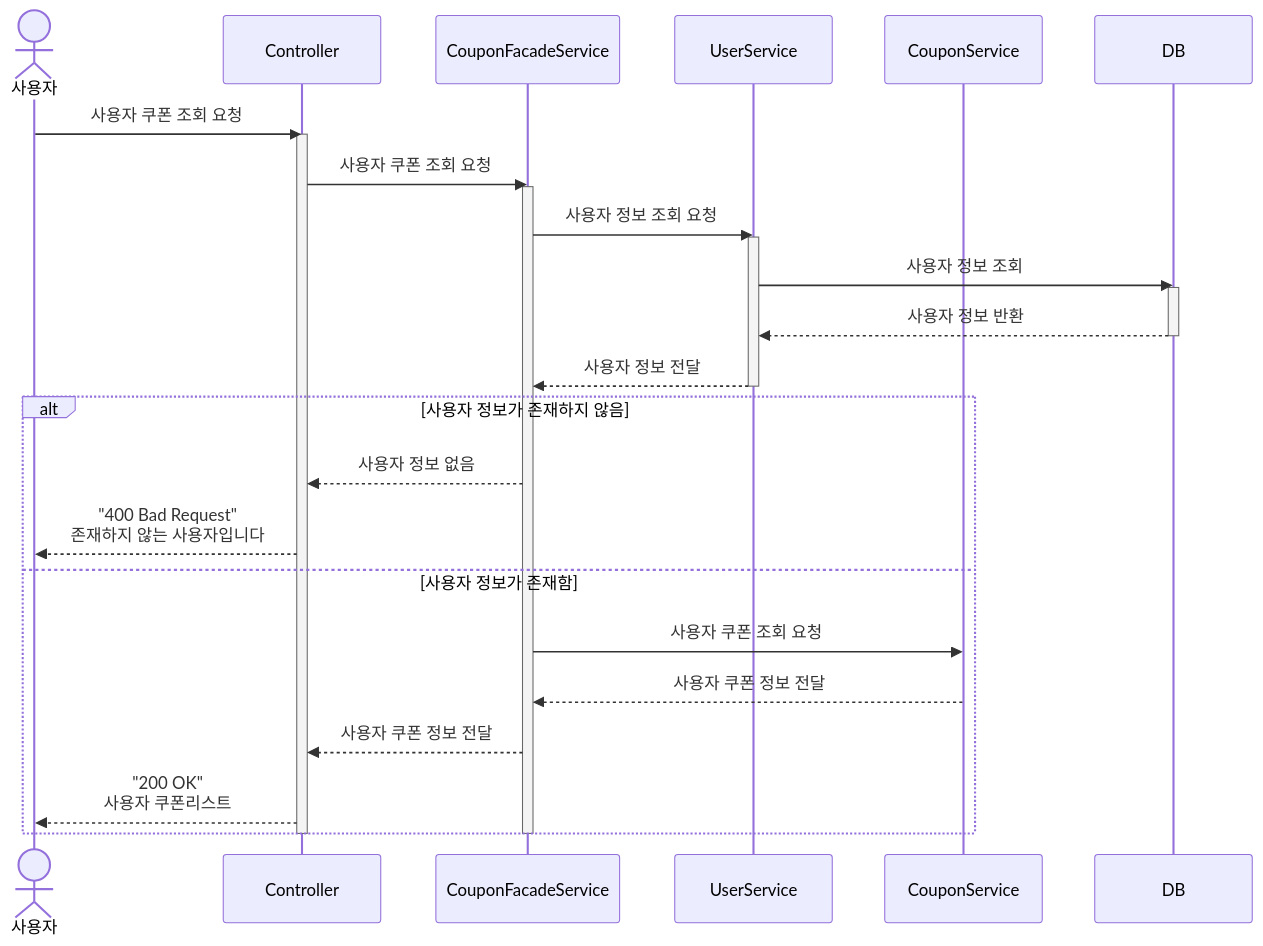
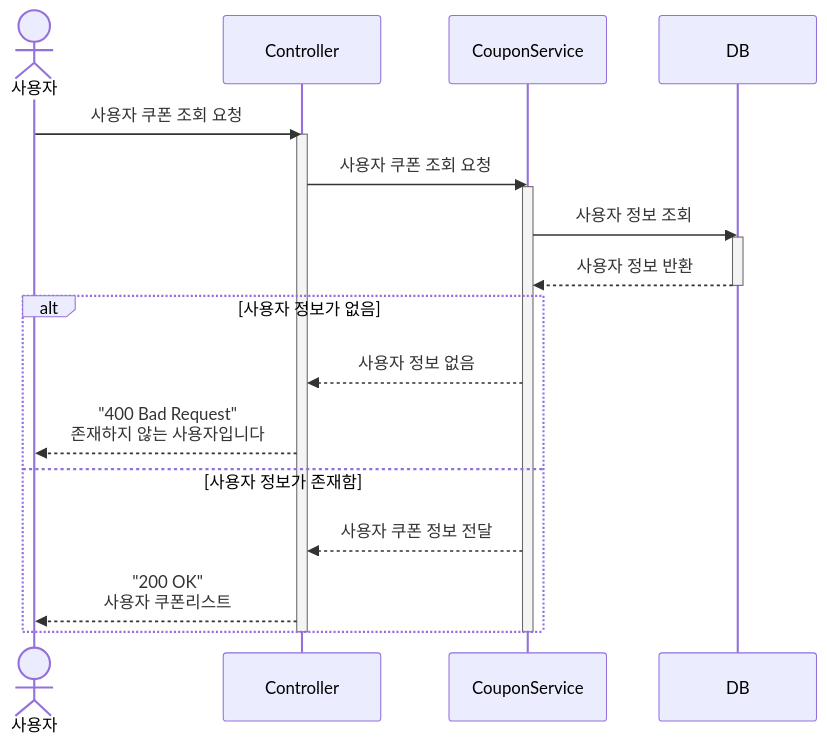
Before and after one commit to maengjjin/hhplus-service: the fifth of 8 diagrams in docs/SequenceDiagram.md, drawn with Mermaid. The commit also changed other lines of this file and 1 other file, not shown here.

Commit message:
- 다이어그램 수정

````diff
--- a/docs/SequenceDiagram.md
+++ b/docs/SequenceDiagram.md
@@ -218,40 +202,31 @@
 ```mermaid
 sequenceDiagram
     actor User as 사용자
     participant Controller
-    participant CouponFacadeService
-    participant UserService
     participant CouponService
     participant DB
 
     User ->> Controller: 사용자 쿠폰 조회 요청
     activate Controller
 
-    Controller ->> CouponFacadeService: 사용자 쿠폰 조회 요청
-    activate CouponFacadeService
+    Controller ->> CouponService: 사용자 쿠폰 조회 요청
+    activate CouponService
 
-    CouponFacadeService ->> UserService: 사용자 정보 조회 요청
-    activate UserService
+    CouponService ->> DB: 사용자 정보 조회
+    activate DB
 
-    UserService ->> DB: 사용자 정보 조회
-    activate DB
-    DB -->> UserService: 사용자 정보 반환
+    DB -->> CouponService: 사용자 정보 반환
     deactivate DB
 
-    UserService -->> CouponFacadeService: 사용자 정보 전달
-    deactivate UserService
 
-    alt 사용자 정보가 존재하지 않음
-        CouponFacadeService -->> Controller: 사용자 정보 없음
+    alt 사용자 정보가 없음
+        CouponService -->> Controller: 사용자 정보 없음
         Controller -->> User: "400 Bad Request"<br>존재하지 않는 사용자입니다
     else 사용자 정보가 존재함
-        CouponFacadeService ->> CouponService: 사용자 쿠폰 조회 요청
-        CouponService -->> CouponFacadeService: 사용자 쿠폰 정보 전달
-        CouponFacadeService -->> Controller: 사용자 쿠폰 정보 전달
+        CouponService -->> Controller: 사용자 쿠폰 정보 전달
         Controller -->> User: "200 OK"<br>사용자 쿠폰리스트
         
     end
-
-    deactivate CouponFacadeService
+    deactivate CouponService
     deactivate Controller
 ```
````
